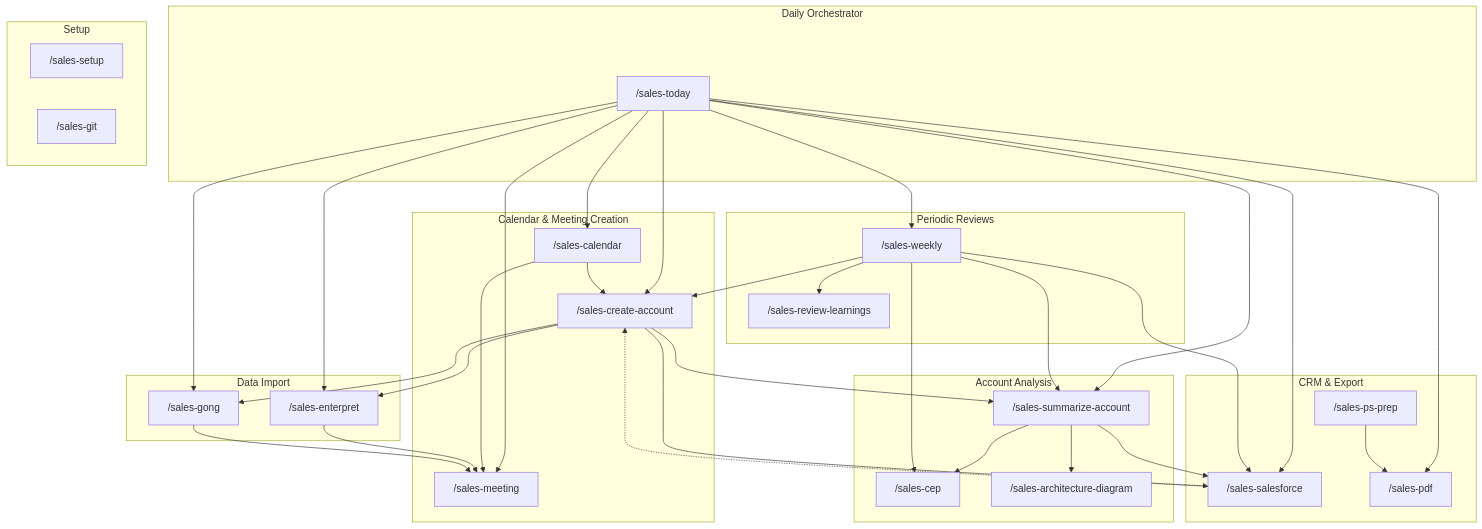
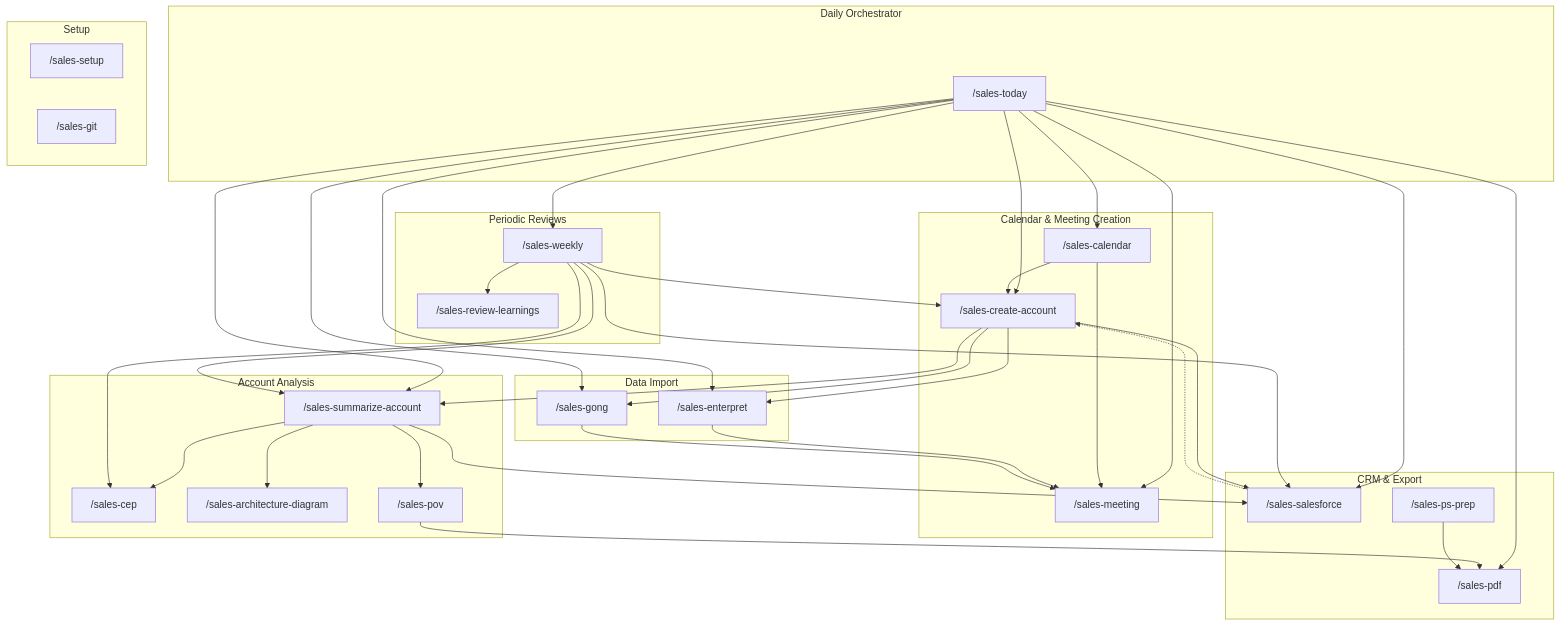
The first of 3 diagrams in README.md (yeutterg/claude-code-sales-skills), drawn with Mermaid before and after one commit. The commit also changed other lines of this file and 1 other file, not shown here.

First line of the commit message:
sync: add /sales-pov skill for POV & Technical Validation Summary

````diff
--- a/README.md
+++ b/README.md
@@ -163,68 +171,71 @@
 ```mermaid
 graph TD
     subgraph "Daily Orchestrator"
         today["/sales-today"]
     end
 
     subgraph "Calendar & Meeting Creation"
         calendar["/sales-calendar"]
         meeting["/sales-meeting"]
         create["/sales-create-account"]
     end
 
     subgraph "Data Import"
         enterpret["/sales-enterpret"]
         gong["/sales-gong"]
     end
 
     subgraph "Account Analysis"
         summarize["/sales-summarize-account"]
         cep["/sales-cep"]
         archdiag["/sales-architecture-diagram"]
+        pov["/sales-pov"]
     end
 
     subgraph "CRM & Export"
         salesforce["/sales-salesforce"]
         pdf["/sales-pdf"]
         psprep["/sales-ps-prep"]
     end
 
     subgraph "Periodic Reviews"
         weekly["/sales-weekly"]
         review["/sales-review-learnings"]
     end
 
     subgraph "Setup"
         setup["/sales-setup"]
         git["/sales-git"]
     end
 
     today --> calendar
     today --> meeting
     today --> enterpret
     today --> gong
     today --> summarize
     today --> salesforce
     today --> create
     today --> weekly
     today --> pdf
 
     calendar --> meeting
     calendar --> create
     create --> salesforce
     create --> enterpret
     create --> gong
     create --> summarize
     enterpret --> meeting
     gong --> meeting
     summarize --> cep
     summarize --> archdiag
     summarize --> salesforce
     salesforce -.-> create
     weekly --> summarize
     weekly --> salesforce
     weekly --> cep
     weekly --> create
     weekly --> review
+    summarize --> pov
+    pov --> pdf
     psprep --> pdf
 ```
````
